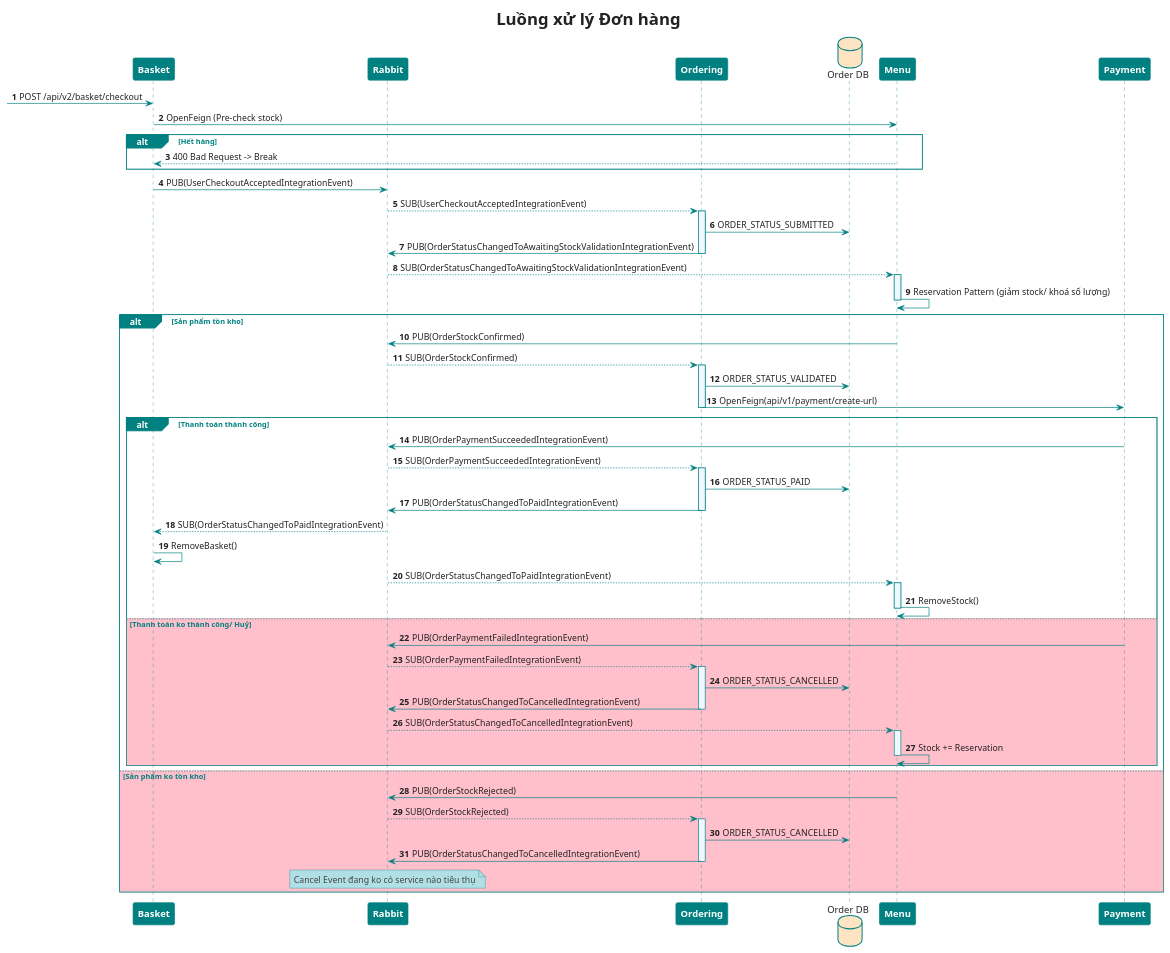
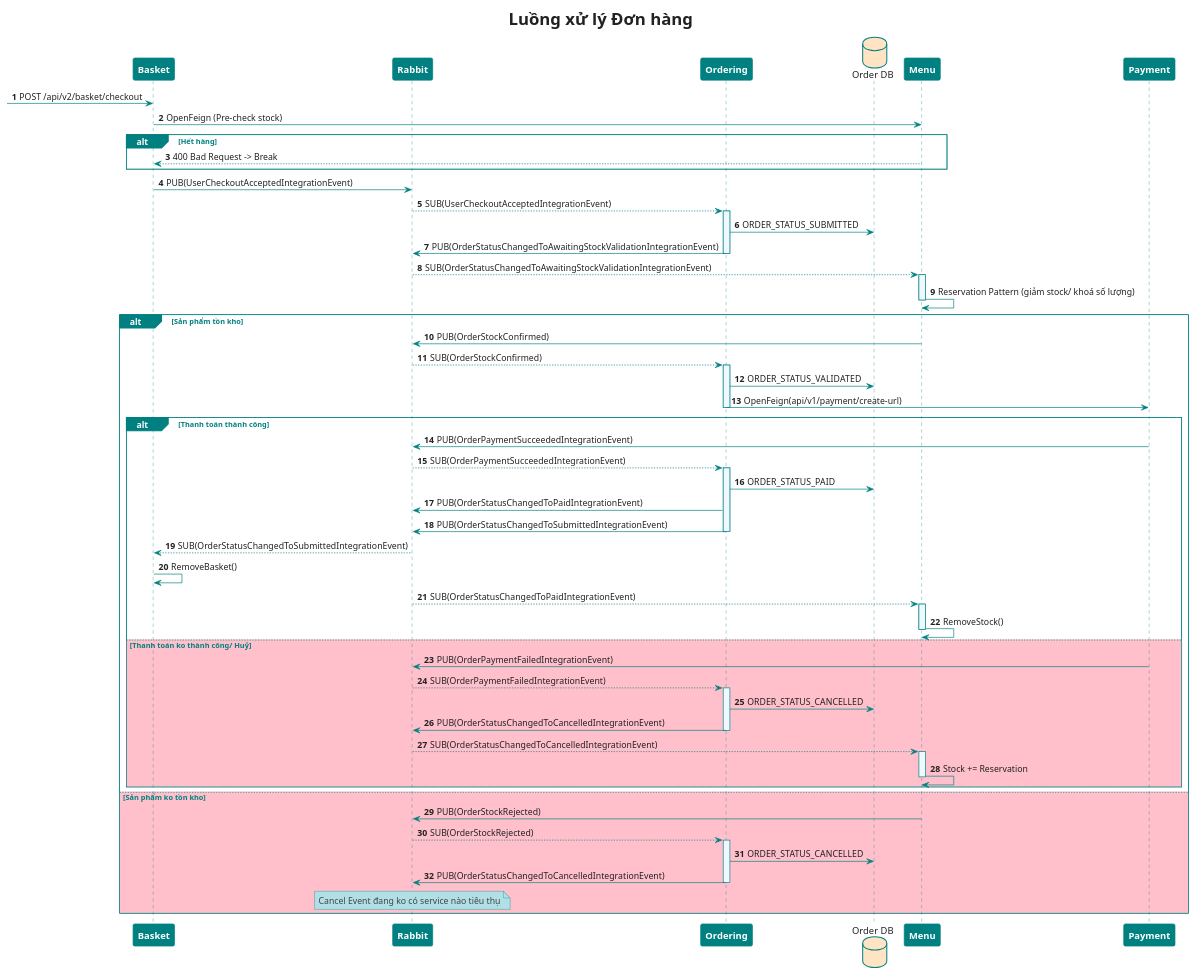
Before and after one commit to MinhTrinh04/Beef-Restaurant: the diagram in Backend/SEQ/Order/ResolvingOrderV2.puml, drawn with PlantUML. The commit also changed 8 other files, not shown here.

```diff
--- a/Backend/SEQ/Order/ResolvingOrderV2.puml
+++ b/Backend/SEQ/Order/ResolvingOrderV2.puml
@@ -1,116 +1,117 @@
 @startuml
 'https://plantuml.com/sequence-diagram
 skinparam shadowing false
 skinparam responseMessageBelowArrow false
 skinparam DefaultFontColor #222
 skinparam TitleFontSize 25
 skinparam NoteBorderColor #teal
 skinparam NoteBackgroundColor #powderblue
 skinparam NoteFontColor 444
 skinparam DatabaseBorderColor #teal
 skinparam DatabaseBackgroundColor #bisque
 skinparam sequence {
 ParticipantBorderThickness 1
 ParticipantBorderColor #teal
 ParticipantBackgroundColor #teal
 ParticipantFontColor #white
 ParticipantFontSize 14
 ParticipantFontStyle bold
 LifeLineBorderColor #teal
 LifeLineBackgroundColor #aliceblue
 ArrowColor #teal
 ActorBorderColor #teal
 GroupBorderThickness 1
 GroupBorderColor #teal
 GroupHeaderFontColor #white
 GroupBackgroundColor #teal
 GroupFontColor #teal
 ReferenceBorderThickness 1
 ReferenceBorderColor #teal
 ReferenceBackgroundColor #aliceblue
 ReferenceHeaderBackgroundColor #white
 ReferenceFontColor #teal
 }
 autonumber
 
 title Luồng xử lý Đơn hàng
 
 participant "Basket" as Basket
 participant "Rabbit" as MQ
 participant "Ordering" as OPE
 database "Order DB" as DB
 participant "Menu" as Menu
 participant "Payment" as Payment
 
     -> Basket: POST /api/v2/basket/checkout
     Basket -> Menu: OpenFeign (Pre-check stock)
     alt Hết hàng
     Menu --> Basket: 400 Bad Request -> Break
     end
 
     Basket -> MQ: PUB(UserCheckoutAcceptedIntegrationEvent)
     MQ --> OPE: SUB(UserCheckoutAcceptedIntegrationEvent)
     activate OPE
         OPE -> DB: ORDER_STATUS_SUBMITTED
 '        OPE -> MQ: PUB(OrderStatusChangedToSubmittedIntegrationEvent)
 '        MQ --> Basket: SUB(OrderStatusChangedToSubmittedIntegrationEvent)
         OPE -> MQ: PUB(OrderStatusChangedToAwaitingStockValidationIntegrationEvent)
     deactivate OPE
 
 
     MQ --> Menu: SUB(OrderStatusChangedToAwaitingStockValidationIntegrationEvent)
     activate Menu
         Menu -> Menu: Reservation Pattern (giảm stock/ khoá số lượng)
     deactivate Menu
 
 alt Sản phẩm tồn kho
     Menu -> MQ: PUB(OrderStockConfirmed)
     MQ --> OPE: SUB(OrderStockConfirmed)
     activate OPE
         OPE -> DB: ORDER_STATUS_VALIDATED
         OPE -> Payment: OpenFeign(api/v1/payment/create-url)
 
     deactivate OPE
 
 
     alt Thanh toán thành công
         Payment -> MQ: PUB(OrderPaymentSucceededIntegrationEvent)
         MQ --> OPE: SUB(OrderPaymentSucceededIntegrationEvent)
         activate OPE
             OPE -> DB: ORDER_STATUS_PAID
             OPE -> MQ: PUB(OrderStatusChangedToPaidIntegrationEvent)
+            OPE -> MQ: PUB(OrderStatusChangedToSubmittedIntegrationEvent)
         deactivate OPE
-        MQ --> Basket: SUB(OrderStatusChangedToPaidIntegrationEvent)
+            MQ --> Basket: SUB(OrderStatusChangedToSubmittedIntegrationEvent)
         Basket -> Basket: RemoveBasket()
         MQ --> Menu: SUB(OrderStatusChangedToPaidIntegrationEvent)
         activate Menu
             Menu -> Menu: RemoveStock()
         deactivate Menu
 
 
     else #Pink Thanh toán ko thành công/ Huỷ
     Payment -> MQ: PUB(OrderPaymentFailedIntegrationEvent)
     MQ--> OPE: SUB(OrderPaymentFailedIntegrationEvent)
     activate OPE
         OPE -> DB: ORDER_STATUS_CANCELLED
         OPE -> MQ: PUB(OrderStatusChangedToCancelledIntegrationEvent)
     deactivate OPE
         MQ--> Menu: SUB(OrderStatusChangedToCancelledIntegrationEvent)
         activate Menu
             Menu -> Menu: Stock += Reservation
         deactivate Menu
     end
 
 else #Pink Sản phẩm ko tồn kho
     Menu -> MQ: PUB(OrderStockRejected)
     MQ --> OPE: SUB(OrderStockRejected)
     activate OPE
         OPE -> DB: ORDER_STATUS_CANCELLED
         OPE -> MQ: PUB(OrderStatusChangedToCancelledIntegrationEvent)
     deactivate OPE
 
     note over MQ: Cancel Event đang ko có service nào tiêu thụ
 
 end
 
 @enduml
```
